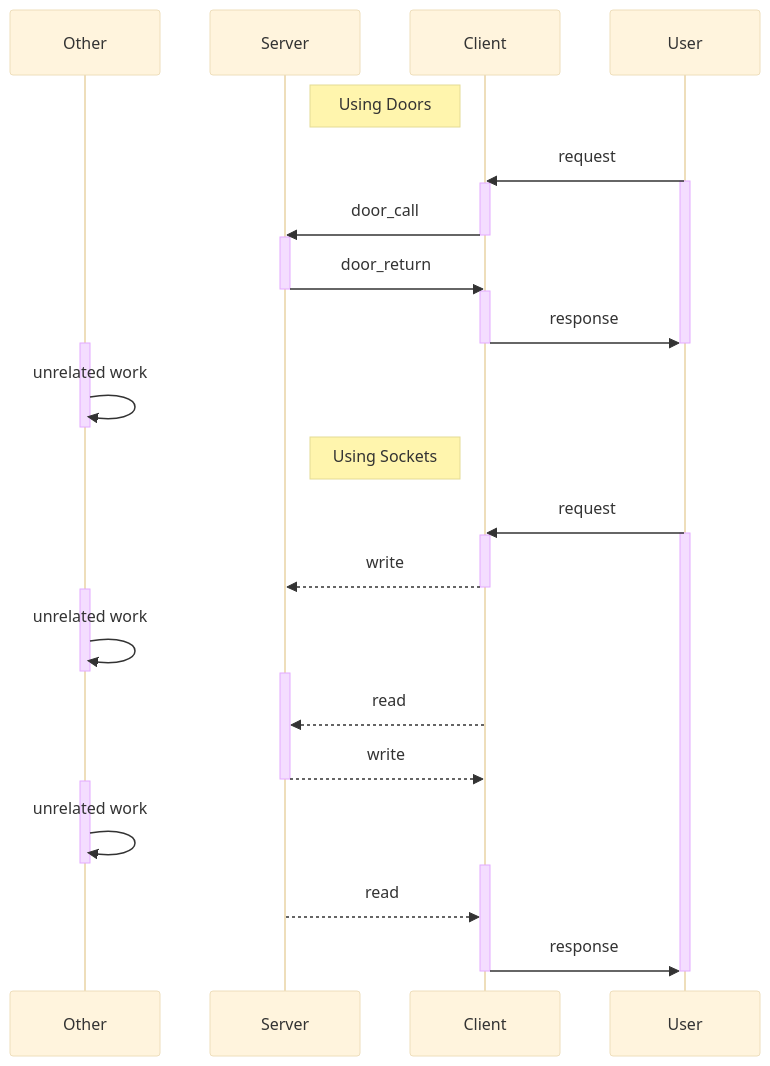
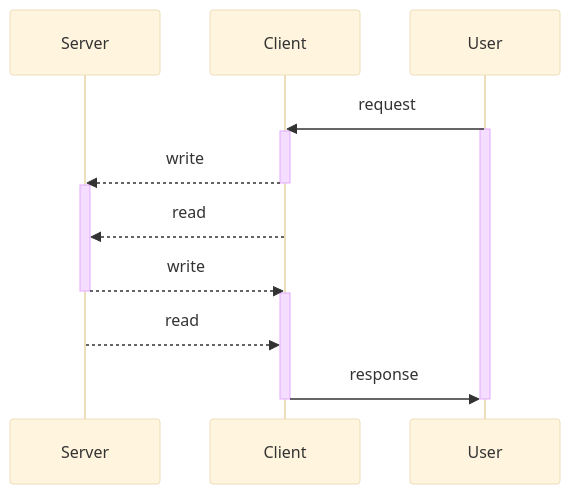
The second of 2 diagrams in F0_speed_test/README.md (robertdfrench/revolving-doors), drawn with Mermaid (base theme) before and after one commit.

Commit message:
Focus on mechanics first
Bring in the effects of other activity on the system in a follow-up lab
exercise.

````diff
--- a/F0_speed_test/README.md
+++ b/F0_speed_test/README.md
@@ -9,55 +35,23 @@
 ```mermaid
 sequenceDiagram
-    participant Other
     participant Server
     participant Client
     participant User
-
-    Note right of Server: Using Doors
-
-    User->>Client: request
-    activate User
-    activate Client
-    Client->>Server: door_call
-    deactivate Client                                      
-
-    activate Server                    
-    Server->>Client: door_return
-    deactivate Server
-
-    activate Client
-    Client->>User: response
-    deactivate Client
-    deactivate User
-
-    activate Other
-    Other->>Other: unrelated work
-    deactivate Other
-
-    Note right of Server: Using Sockets
 
     User->>Client: request
     activate User
     activate Client
     Client-->>Server: write
     deactivate Client
 
-    activate Other
-    Other->>Other: unrelated work
-    deactivate Other
-
     activate Server
     Client-->>Server: read
     Server-->>Client: write
     deactivate Server
-
-    activate Other
-    Other->>Other: unrelated work
-    deactivate Other
 
     activate Client
     Server-->>Client: read
     Client->>User: response
     deactivate Client
     deactivate User
 ```
````
